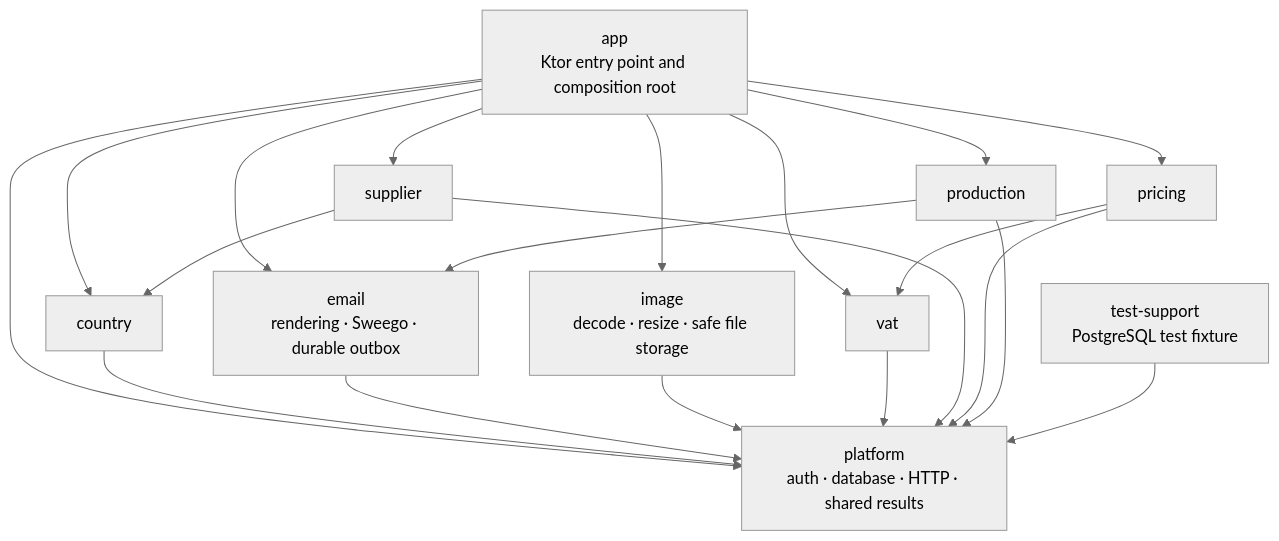
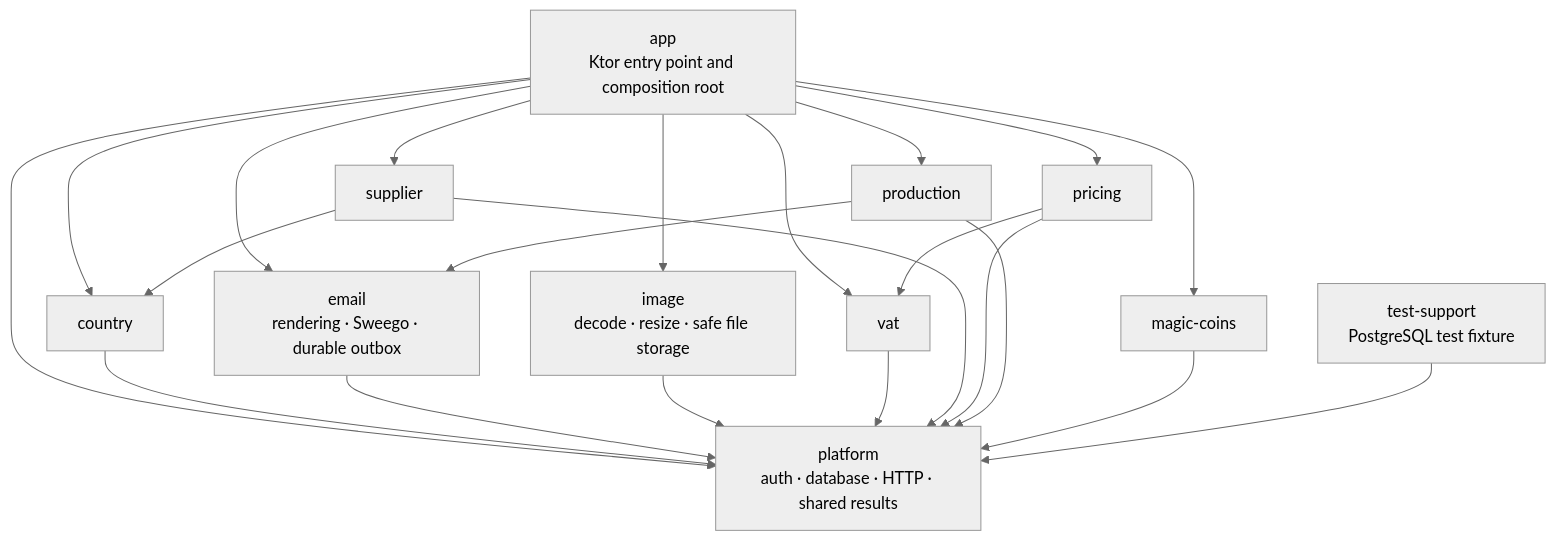
The diagram in docs/dev/backend/module-architecture.md (bitstorm-tech/voenix-shop-kotlin), drawn with Mermaid (neutral theme) before and after one commit. The commit also changed other lines of this file and 24 other files, not shown here.

First line of the commit message:
Migrate the MagicCoins module from .NET to Kotlin

````diff
--- a/docs/dev/backend/module-architecture.md
+++ b/docs/dev/backend/module-architecture.md
@@ -34,33 +34,36 @@
 ```mermaid
 flowchart TD
     App["app<br/>Ktor entry point and composition root"]
     Platform["platform<br/>auth · database · HTTP · shared results"]
     Country["country"]
     Email["email<br/>rendering · Sweego · durable outbox"]
     Image["image<br/>decode · resize · safe file storage"]
     Vat["vat"]
     Supplier["supplier"]
     Pricing["pricing"]
     Production["production"]
+    MagicCoins["magic-coins"]
     TestSupport["test-support<br/>PostgreSQL test fixture"]
 
     App --> Platform
     App --> Country
     App --> Email
     App --> Image
     App --> Vat
     App --> Supplier
     App --> Pricing
     App --> Production
+    App --> MagicCoins
     Country --> Platform
     Email --> Platform
     Image --> Platform
     Vat --> Platform
     Supplier --> Platform
     Supplier --> Country
     Pricing --> Platform
     Pricing --> Vat
     Production --> Platform
     Production --> Email
+    MagicCoins --> Platform
     TestSupport --> Platform
 ```
````
